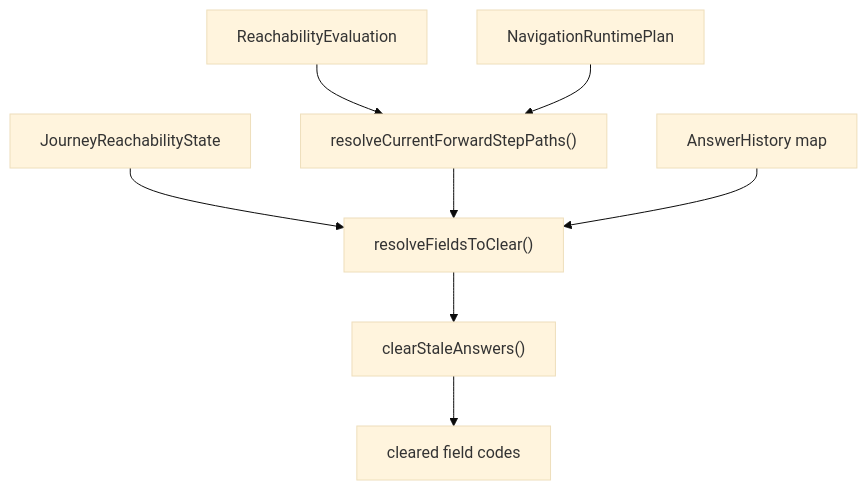
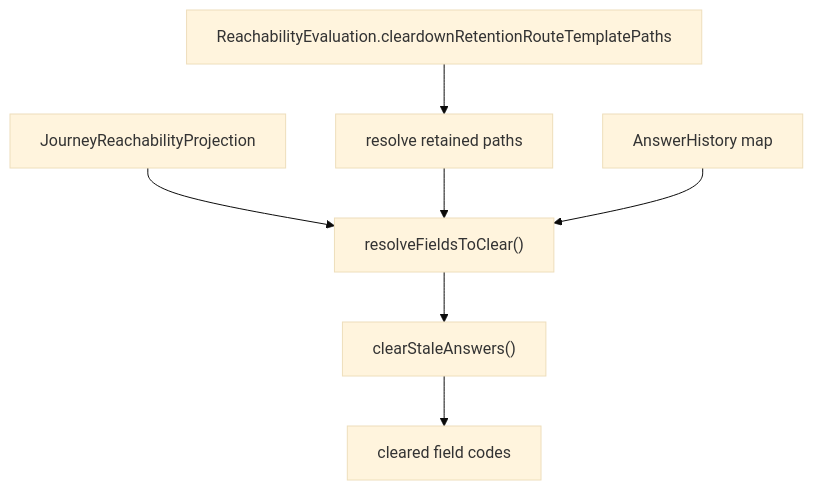
The diagram in packages/forge-core/src/engine/runtime/evaluation/phases/answer-cleardown/README.md (ministryofjustice/hmpps-forge), drawn with Mermaid (base theme) before and after one commit. The commit also changed other lines of this file and 62 other files, not shown here.

````diff
--- a/packages/forge-core/src/engine/runtime/evaluation/phases/answer-cleardown/README.md
+++ b/packages/forge-core/src/engine/runtime/evaluation/phases/answer-cleardown/README.md
@@ -79,10 +78,9 @@
 ```mermaid
 flowchart TD
-  reachability["JourneyReachabilityState"] --> fields["resolveFieldsToClear()"]
-  evaluation["ReachabilityEvaluation"] --> retained["resolveCurrentForwardStepPaths()"]
-  navigationPlan["NavigationRuntimePlan"] --> retained
+  reachability["JourneyReachabilityProjection"] --> fields["resolveFieldsToClear()"]
+  evaluation["ReachabilityEvaluation.cleardownRetentionRouteTemplatePaths"] --> retained["resolve retained paths"]
   retained --> fields
   answers["AnswerHistory map"] --> fields
   fields --> clear["clearStaleAnswers()"]
   clear --> result["cleared field codes"]
 ```
````
